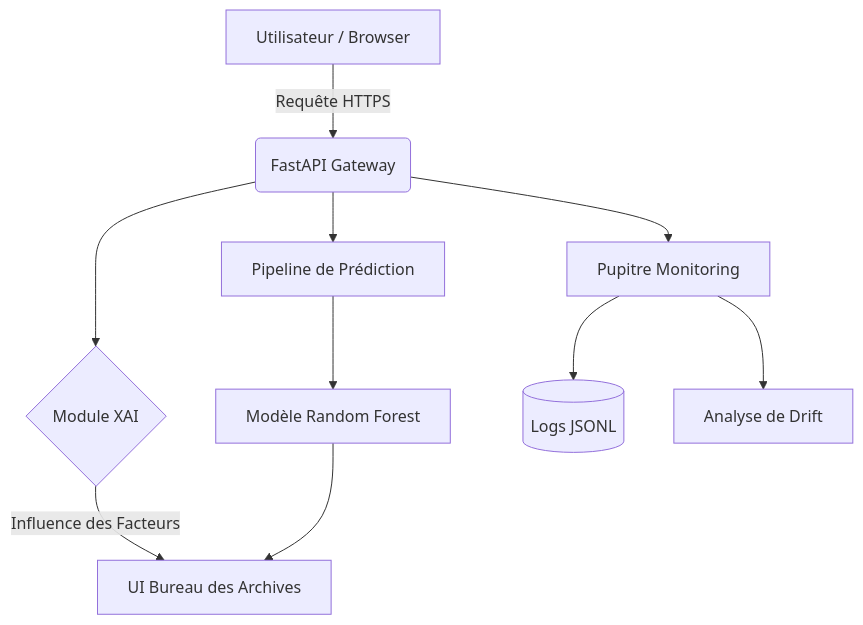
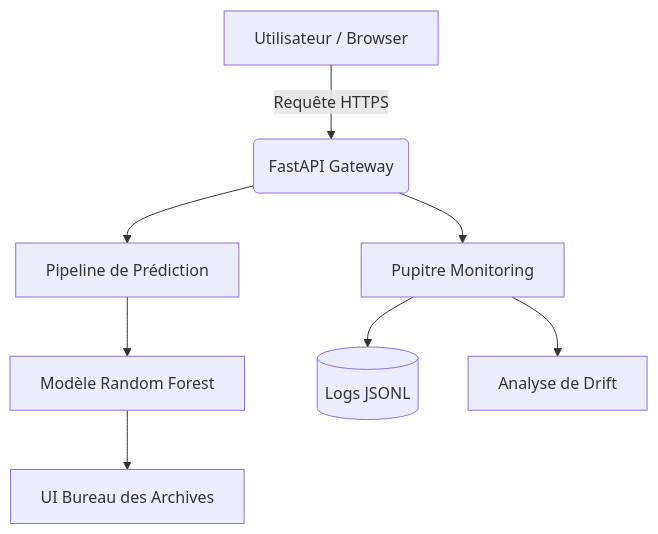
The diagram in README.md (Moustapha-Ndoye-dev/TP_ML_TITANIC), drawn with Mermaid before and after one commit. The commit also changed other lines of this file and 7 other files, not shown here.

````diff
--- a/README.md
+++ b/README.md
@@ -20,12 +19,10 @@
 ```mermaid
 graph TD
     A[Utilisateur / Browser] -->|Requête HTTPS| B(FastAPI Gateway)
-    B --> C{Module XAI}
     B --> D[Pipeline de Prédiction]
     D --> E[Modèle Random Forest]
-    C -->|Influence des Facteurs| F[UI Bureau des Archives]
-    E --> F
+    E --> F[UI Bureau des Archives]
     B --> G[Pupitre Monitoring]
     G --> H[(Logs JSONL)]
     G --> I[Analyse de Drift]
 ```
````
